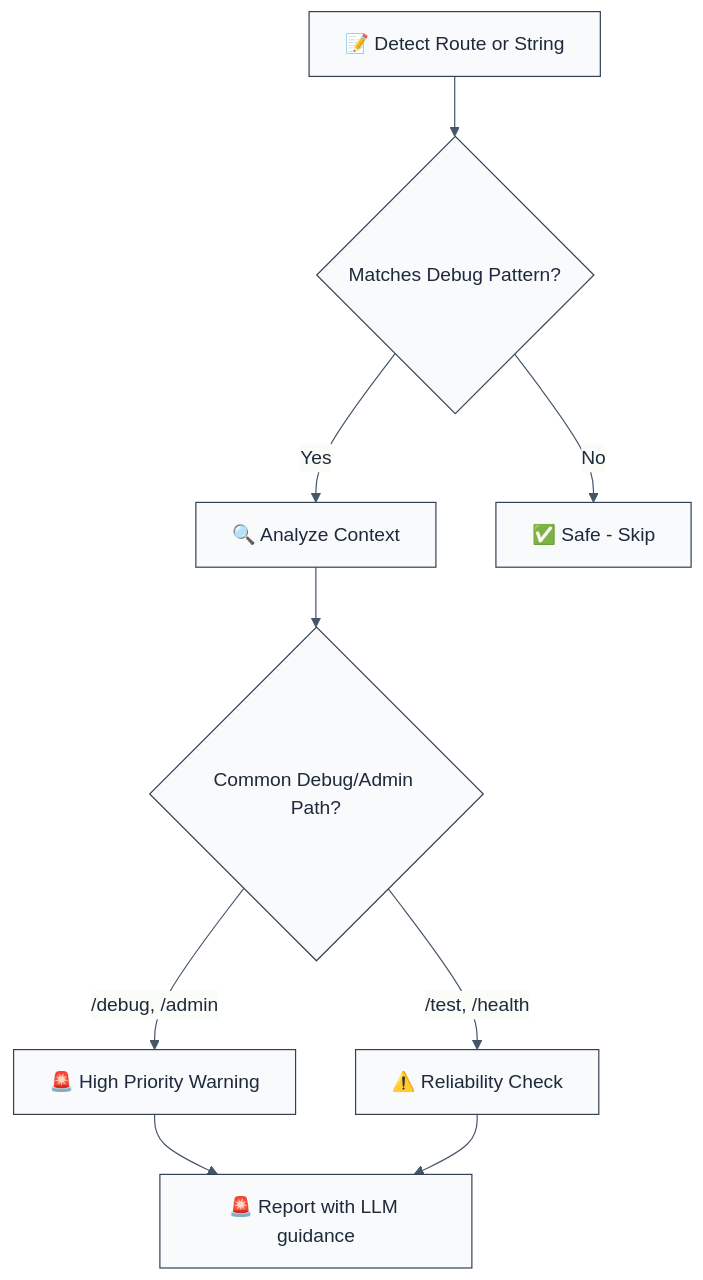
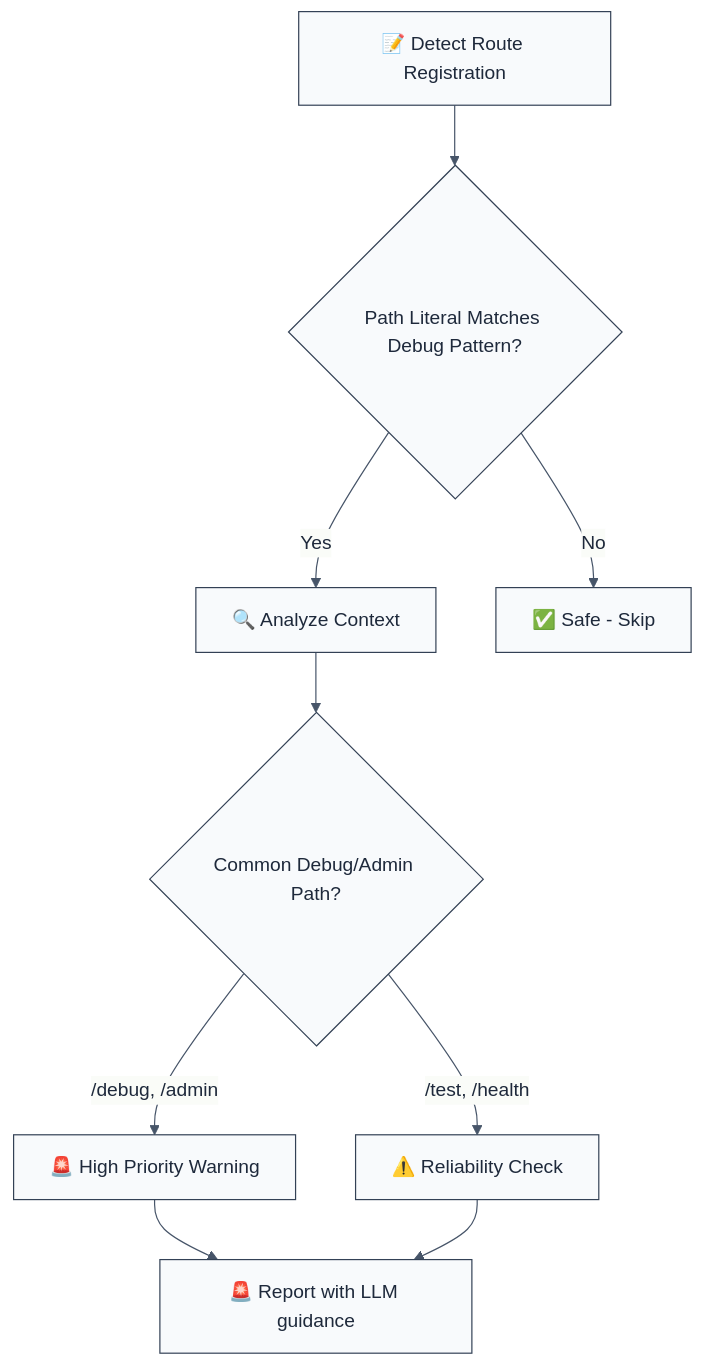
One commit to ofri-peretz/eslint changed the diagram in packages/eslint-plugin-express-security/docs/rules/no-exposed-debug-endpoints.md. Above: the diagram before and after it, drawn with Mermaid. The commit also changed other lines of this file and 3 other files, not shown here.

First line of the commit message:
fix(express-security): only flag debug paths at route registrations

````diff
--- a/packages/eslint-plugin-express-security/docs/rules/no-exposed-debug-endpoints.md
+++ b/packages/eslint-plugin-express-security/docs/rules/no-exposed-debug-endpoints.md
@@ -51,26 +51,26 @@
 ```mermaid
 %%{init: {
   'theme': 'base',
   'themeVariables': {
     'primaryColor': '#f8fafc',
     'primaryTextColor': '#1e293b',
     'primaryBorderColor': '#334155',
     'lineColor': '#475569',
     'c0': '#f8fafc',
     'c1': '#f1f5f9',
     'c2': '#e2e8f0',
     'c3': '#cbd5e1'
   }
 }}%%
 flowchart TD
-    A["📝 Detect Route or String"] --> B{Matches Debug Pattern?}
+    A["📝 Detect Route Registration"] --> B{Path Literal Matches Debug Pattern?}
     B -->|Yes| C[🔍 Analyze Context]
     B -->|No| D[✅ Safe - Skip]
 
     C --> E{Common Debug/Admin Path?}
     E -->|/debug, /admin| F[🚨 High Priority Warning]
     E -->|/test, /health| G[⚠️ Reliability Check]
 
     F --> H[🚨 Report with LLM guidance]
     G --> H
 ```
````
